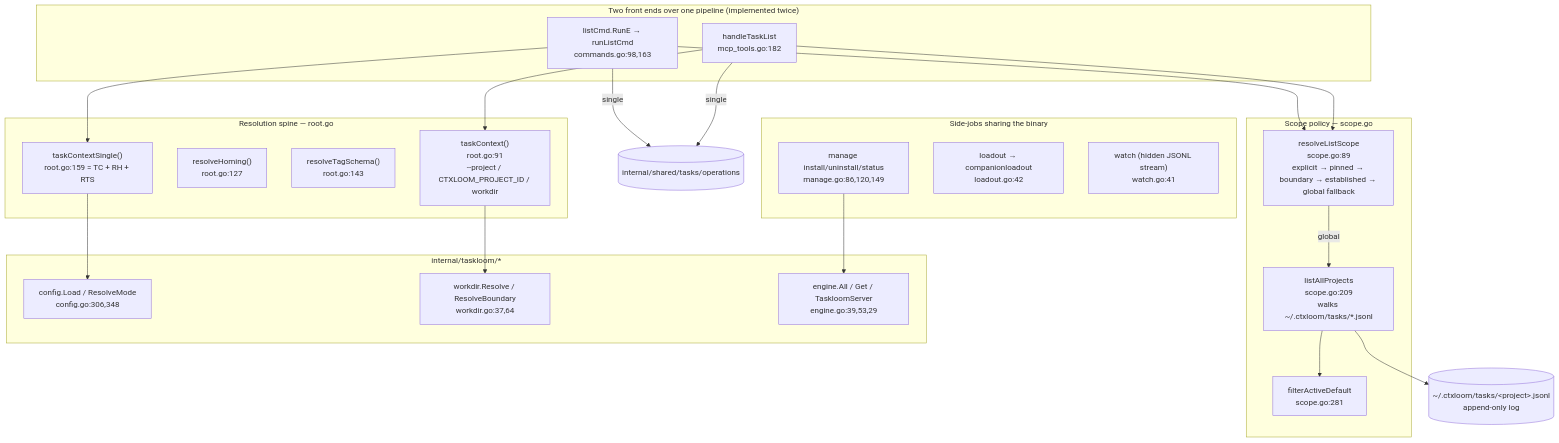
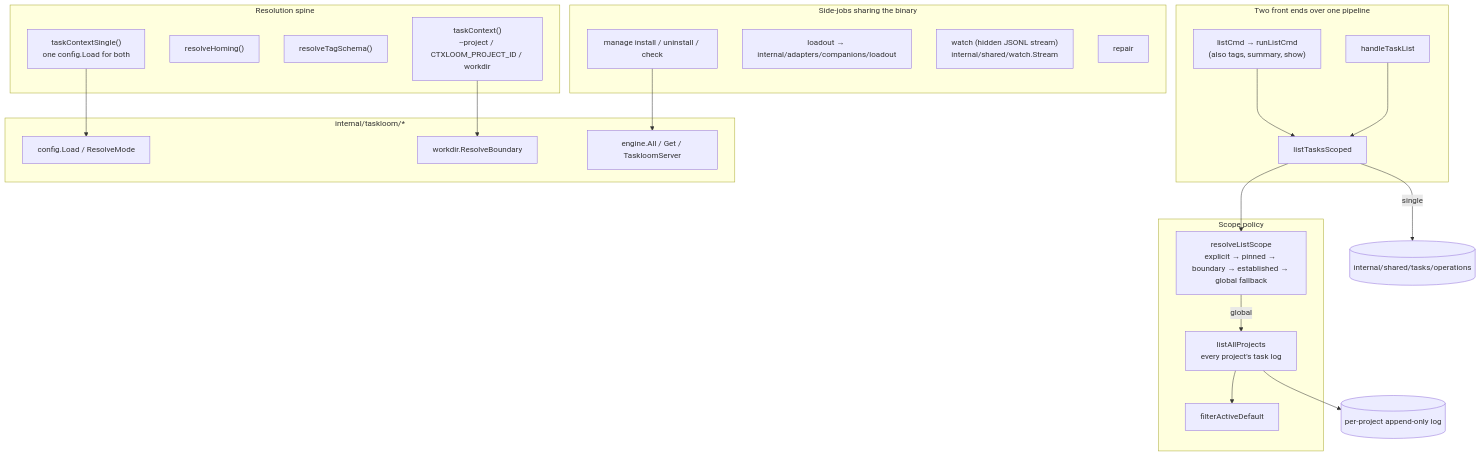
Before and after one commit to ctxloom/ctxloom: the diagram in docs/architecture/companions/taskloom.md, drawn with Mermaid. The commit also changed other lines of this file, not shown here.

First line of the commit message:
docs(taskloom): cite by symbol and drop the review findings since fixed

````diff
--- a/docs/architecture/companions/taskloom.md
+++ b/docs/architecture/companions/taskloom.md
@@ -22,44 +21,44 @@
 ```mermaid
 flowchart TD
-    subgraph front["Two front ends over one pipeline (implemented twice)"]
-      CLI["listCmd.RunE → runListCmd<br/>commands.go:98,163"]
-      MCPT["handleTaskList<br/>mcp_tools.go:182"]
+    subgraph front["Two front ends over one pipeline"]
+      CLI["listCmd → runListCmd<br/>(also tags, summary, show)"]
+      MCPT["handleTaskList"]
+      LTS["listTasksScoped"]
+      CLI --> LTS
+      MCPT --> LTS
     end
 
-    subgraph resolve["Resolution spine — root.go"]
-      TC["taskContext()<br/>root.go:91<br/>--project / CTXLOOM_PROJECT_ID / workdir"]
-      RH["resolveHoming()<br/>root.go:127"]
-      RTS["resolveTagSchema()<br/>root.go:143"]
-      TCS["taskContextSingle()<br/>root.go:159 = TC + RH + RTS"]
+    subgraph resolve["Resolution spine"]
+      TC["taskContext()<br/>--project / CTXLOOM_PROJECT_ID / workdir"]
+      RH["resolveHoming()"]
+      RTS["resolveTagSchema()"]
+      TCS["taskContextSingle()<br/>one config.Load for both"]
     end
 
-    subgraph scope["Scope policy — scope.go"]
-      RLS["resolveListScope<br/>scope.go:89<br/>explicit → pinned → boundary → established → global fallback"]
-      LAP["listAllProjects<br/>scope.go:209<br/>walks ~/.ctxloom/tasks/*.jsonl"]
-      FAD["filterActiveDefault<br/>scope.go:281"]
+    subgraph scope["Scope policy"]
+      RLS["resolveListScope<br/>explicit → pinned → boundary → established → global fallback"]
+      LAP["listAllProjects<br/>every project's task log"]
+      FAD["filterActiveDefault"]
     end
 
     subgraph cfg["internal/taskloom/*"]
-      CONF["config.Load / ResolveMode<br/>config.go:306,348"]
-      WD["workdir.Resolve / ResolveBoundary<br/>workdir.go:37,64"]
-      ENG["engine.All / Get / TaskloomServer<br/>engine.go:39,53,29"]
+      CONF["config.Load / ResolveMode"]
+      WD["workdir.ResolveBoundary"]
+      ENG["engine.All / Get / TaskloomServer"]
     end
 
-    CLI --> TCS
-    MCPT --> TC
+    LTS --> RLS
     TCS --> CONF
     TC --> WD
-    CLI --> RLS
-    MCPT --> RLS
     RLS -->|global| LAP --> FAD
-    CLI -->|single| OPS[("internal/shared/tasks/operations")]
-    MCPT -->|single| OPS
-    LAP --> STORE[("~/.ctxloom/tasks/&lt;project&gt;.jsonl<br/>append-only log")]
+    LTS -->|single| OPS[("internal/shared/tasks/operations")]
+    LAP --> STORE[("per-project append-only log")]
 
     subgraph side["Side-jobs sharing the binary"]
-      MGR["manage install/uninstall/status<br/>manage.go:86,120,149"]
-      LD["loadout → companionloadout<br/>loadout.go:42"]
-      WATCH["watch (hidden JSONL stream)<br/>watch.go:41"]
+      MGR["manage install / uninstall / check"]
+      LD["loadout → internal/adapters/companions/loadout"]
+      WATCH["watch (hidden JSONL stream)<br/>internal/shared/watch.Stream"]
+      REP["repair"]
     end
     MGR --> ENG
 ```
````
